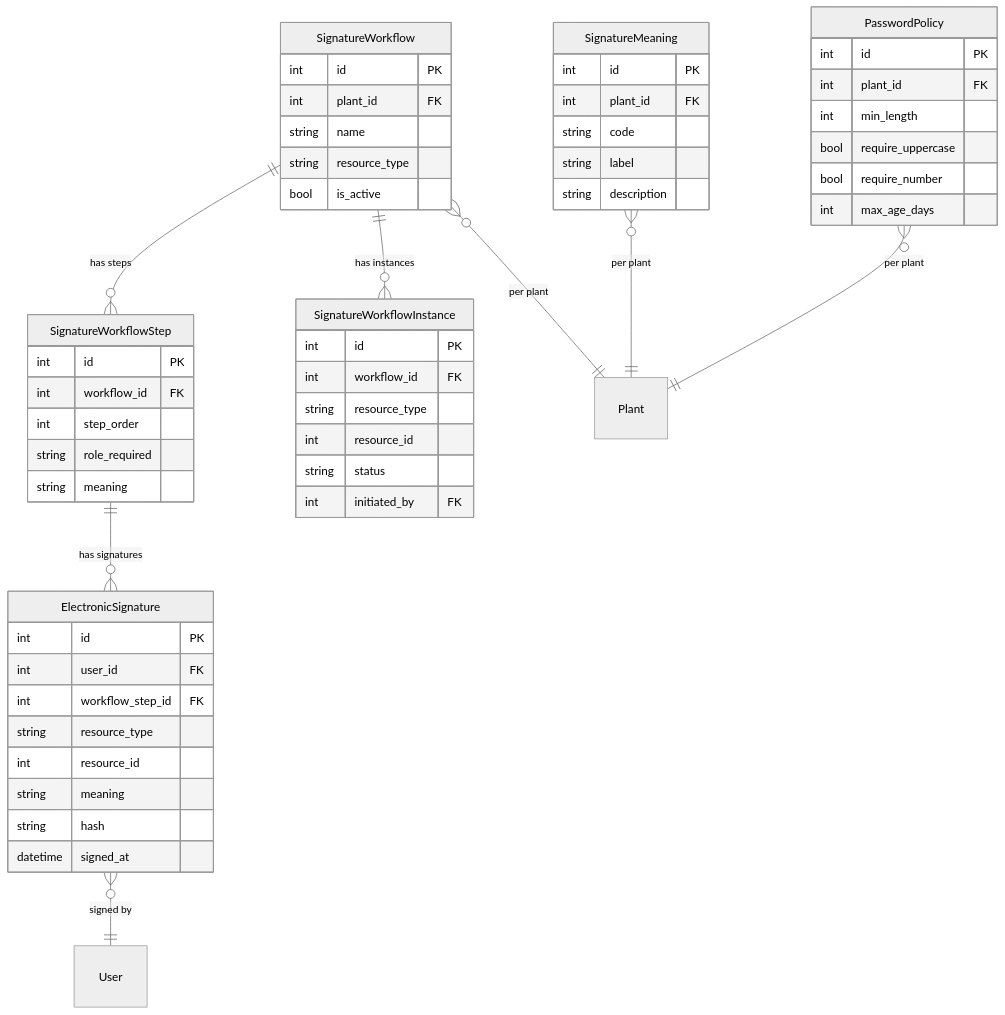
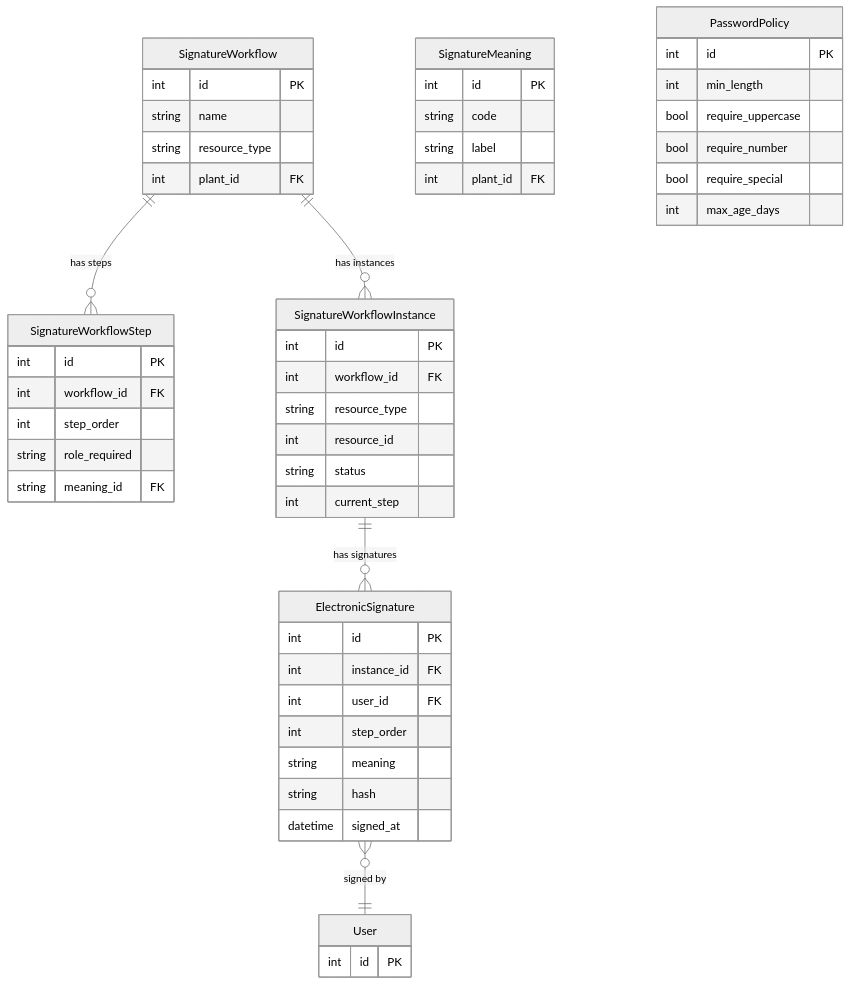
One commit to saturnis-io/cassini changed the second of 2 diagrams in .knowledge/features/signatures.md. Above: the diagram before and after it, drawn with Mermaid (neutral theme). The commit also changed other lines of this file and 15 other files, not shown here.

Commit message:
knowledge-graph: regenerate

````diff
--- a/.knowledge/features/signatures.md
+++ b/.knowledge/features/signatures.md
@@ -30,57 +28,54 @@
 ```mermaid
 erDiagram
     SignatureWorkflow ||--o{ SignatureWorkflowStep : "has steps"
     SignatureWorkflow ||--o{ SignatureWorkflowInstance : "has instances"
-    SignatureWorkflowStep ||--o{ ElectronicSignature : "has signatures"
+    SignatureWorkflowInstance ||--o{ ElectronicSignature : "has signatures"
     ElectronicSignature }o--|| User : "signed by"
-    SignatureWorkflow }o--|| Plant : "per plant"
-    SignatureMeaning }o--|| Plant : "per plant"
-    PasswordPolicy }o--|| Plant : "per plant"
     SignatureWorkflow {
         int id PK
-        int plant_id FK
         string name
         string resource_type
-        bool is_active
+        int plant_id FK
     }
     SignatureWorkflowStep {
         int id PK
         int workflow_id FK
         int step_order
         string role_required
-        string meaning
+        string meaning_id FK
     }
     SignatureWorkflowInstance {
         int id PK
         int workflow_id FK
         string resource_type
         int resource_id
         string status
-        int initiated_by FK
+        int current_step
     }
     ElectronicSignature {
         int id PK
+        int instance_id FK
         int user_id FK
-        int workflow_step_id FK
-        string resource_type
-        int resource_id
+        int step_order
         string meaning
         string hash
         datetime signed_at
     }
     SignatureMeaning {
         int id PK
-        int plant_id FK
         string code
         string label
-        string description
+        int plant_id FK
     }
     PasswordPolicy {
         int id PK
-        int plant_id FK
         int min_length
         bool require_uppercase
         bool require_number
+        bool require_special
         int max_age_days
     }
+    User {
+        int id PK
+    }
 ```
````
